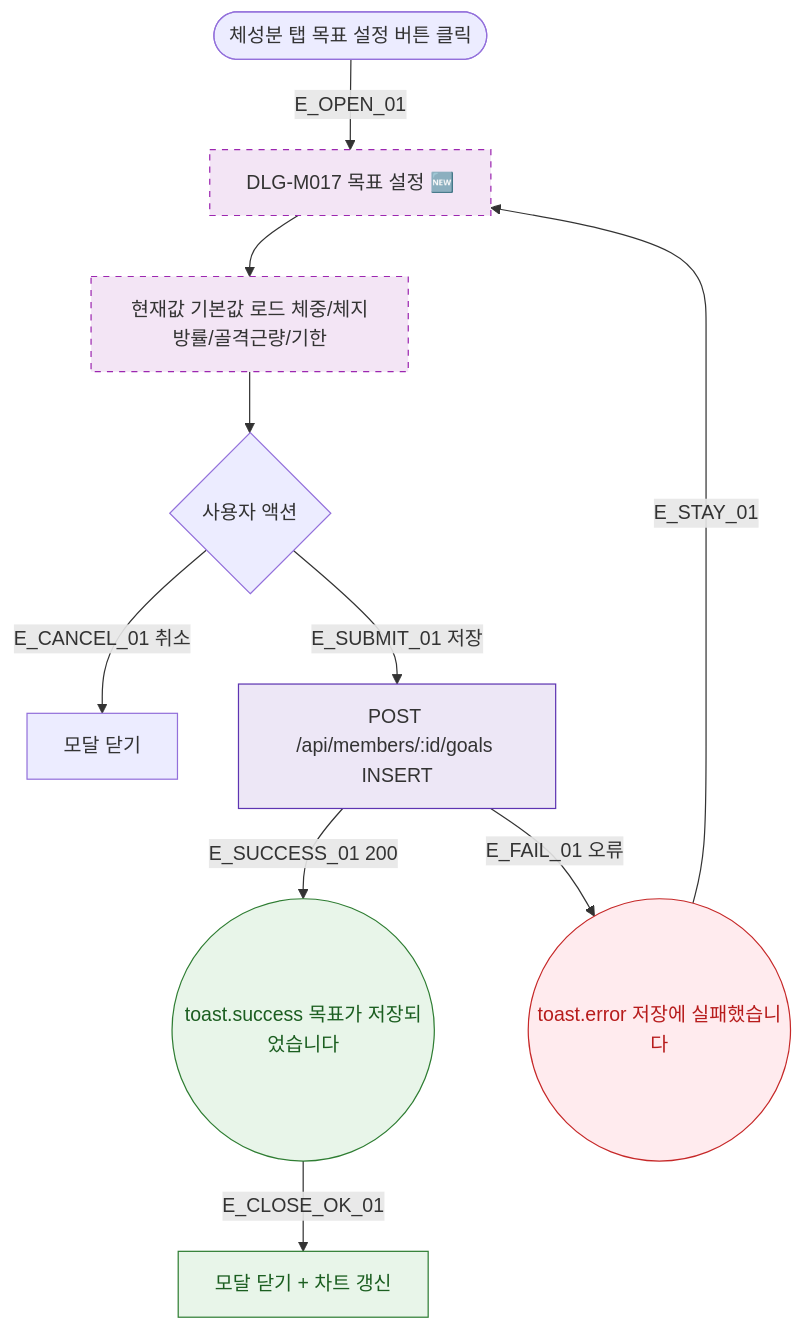
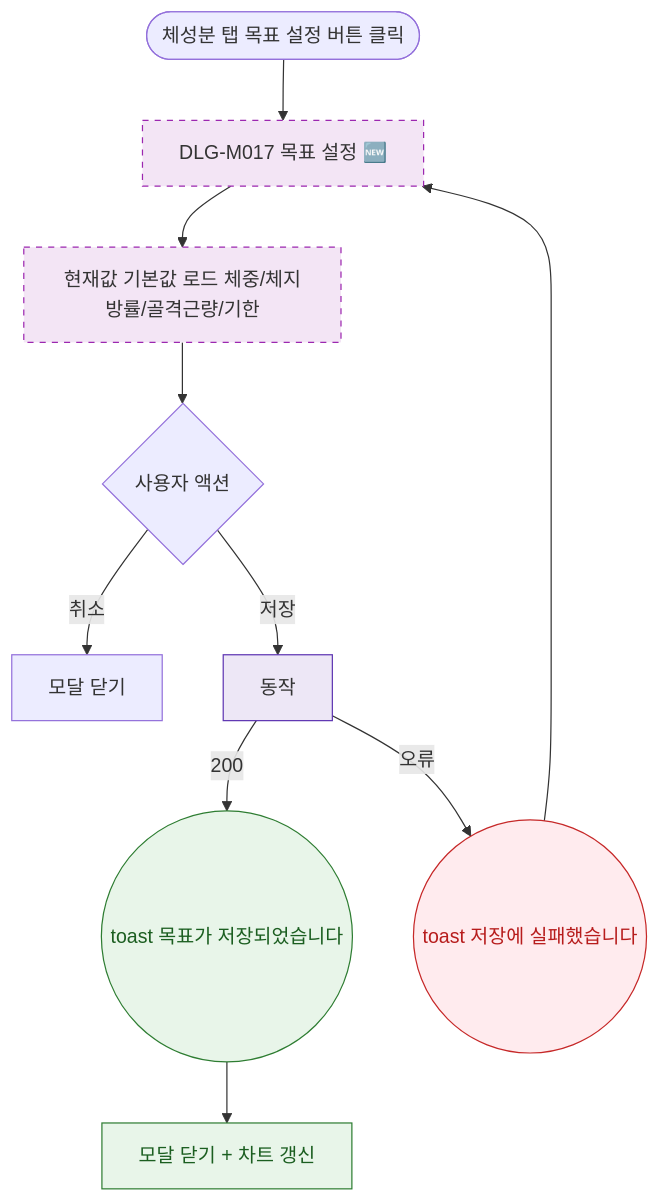
The diagram in docs/다이어그램/D02_회원관리/DLG/DLG-M017_목표설정/M1_생명주기.md (dev-spogym/admin-pando), drawn with Mermaid before and after one commit. The commit also changed other lines of this file and 1660 other files, not shown here.

First line of the commit message:
다이어그램: 기획자/클라이언트 납품본으로 정리

````diff
--- a/docs/다이어그램/D02_회원관리/DLG/DLG-M017_목표설정/M1_생명주기.md
+++ b/docs/다이어그램/D02_회원관리/DLG/DLG-M017_목표설정/M1_생명주기.md
@@ -22,28 +20,28 @@
 ```mermaid
 flowchart TD
   TRIGGER([체성분 탭 목표 설정 버튼 클릭])
 
-  TRIGGER -->|E_OPEN_01| DLG_OPEN[DLG-M017 목표 설정 🆕]
+  TRIGGER --> DLG_OPEN[DLG-M017 목표 설정 🆕]
   DLG_OPEN --> INIT[현재값 기본값 로드 체중/체지방률/골격근량/기한]
 
   INIT --> USER_ACT{사용자 액션}
 
-  USER_ACT -->|E_CANCEL_01 취소| CLOSE[모달 닫기]
-  USER_ACT -->|E_SUBMIT_01 저장| API_CALL[POST /api/members/:id/goals INSERT]
+  USER_ACT -->|취소|CLOSE[모달 닫기]
+  USER_ACT -->|저장|API_CALL[동작]
 
-  API_CALL -->|E_SUCCESS_01 200| TOAST_OK((toast.success 목표가 저장되었습니다))
-  TOAST_OK -->|E_CLOSE_OK_01| POST_OK[모달 닫기 + 차트 갱신]
+  API_CALL -->|200|TOAST_OK((toast 목표가 저장되었습니다))
+  TOAST_OK --> POST_OK[모달 닫기 + 차트 갱신]
 
-  API_CALL -->|E_FAIL_01 오류| TOAST_ERR((toast.error 저장에 실패했습니다))
-  TOAST_ERR -->|E_STAY_01| DLG_OPEN
+  API_CALL -->|오류|TOAST_ERR((toast 저장에 실패했습니다))
+  TOAST_ERR --> DLG_OPEN
 
   classDef newFeature fill:#F3E5F5,stroke:#9C27B0,stroke-dasharray:5 5
-  classDef success    fill:#E8F5E9,stroke:#2E7D32,color:#1B5E20
-  classDef error      fill:#FFEBEE,stroke:#C62828,color:#B71C1C
-  classDef system     fill:#EDE7F6,stroke:#5E35B2
+  classDef success fill:#E8F5E9,stroke:#2E7D32,color:#1B5E20
+  classDef error fill:#FFEBEE,stroke:#C62828,color:#B71C1C
+  classDef system fill:#EDE7F6,stroke:#5E35B2
 
   class DLG_OPEN,INIT newFeature
   class TOAST_OK,POST_OK success
   class TOAST_ERR error
   class API_CALL system
 ```
````
